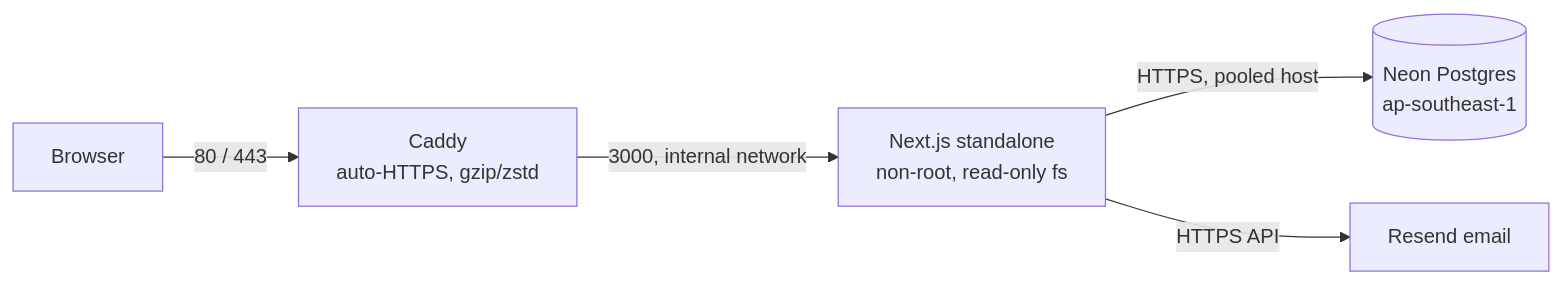
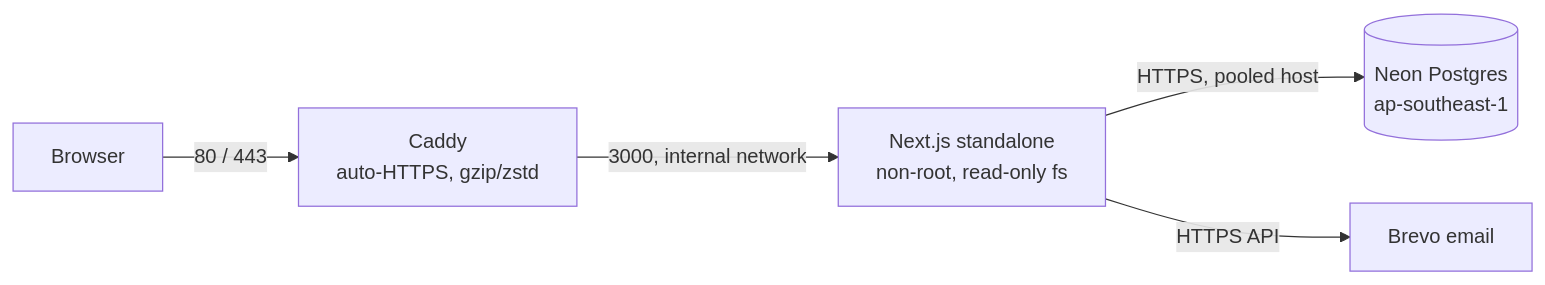
One commit to aniruddha81/system-design-simulation changed the diagram in docs/DEPLOY-AWS.md. Above: the diagram before and after it, drawn with Mermaid. The commit also changed other lines of this file and 7 other files, not shown here.

Commit message:
Replace Resend with Brevo transactional email via a scoped M2M OAuth app

````diff
--- a/docs/DEPLOY-AWS.md
+++ b/docs/DEPLOY-AWS.md
@@ -5,7 +5,7 @@
 ```mermaid
 flowchart LR
   U["Browser"] -->|"80 / 443"| C["Caddy<br/>auto-HTTPS, gzip/zstd"]
   C -->|"3000, internal network"| A["Next.js standalone<br/>non-root, read-only fs"]
   A -->|"HTTPS, pooled host"| N[("Neon Postgres<br/>ap-southeast-1")]
-  A -->|"HTTPS API"| R["Resend email"]
+  A -->|"HTTPS API"| R["Brevo email"]
 ```
````
